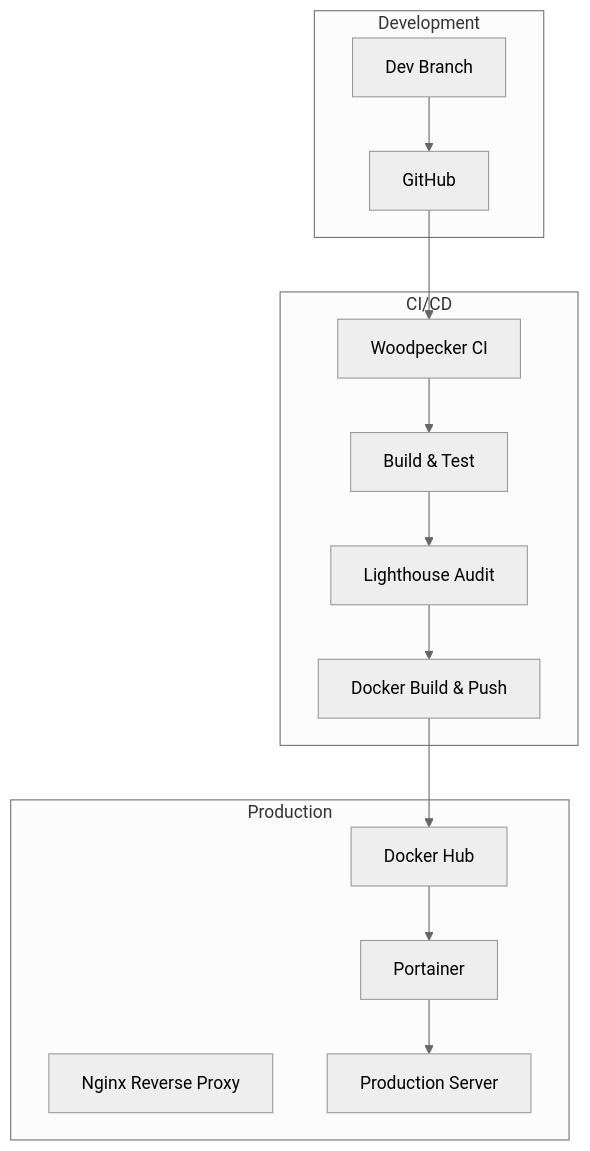
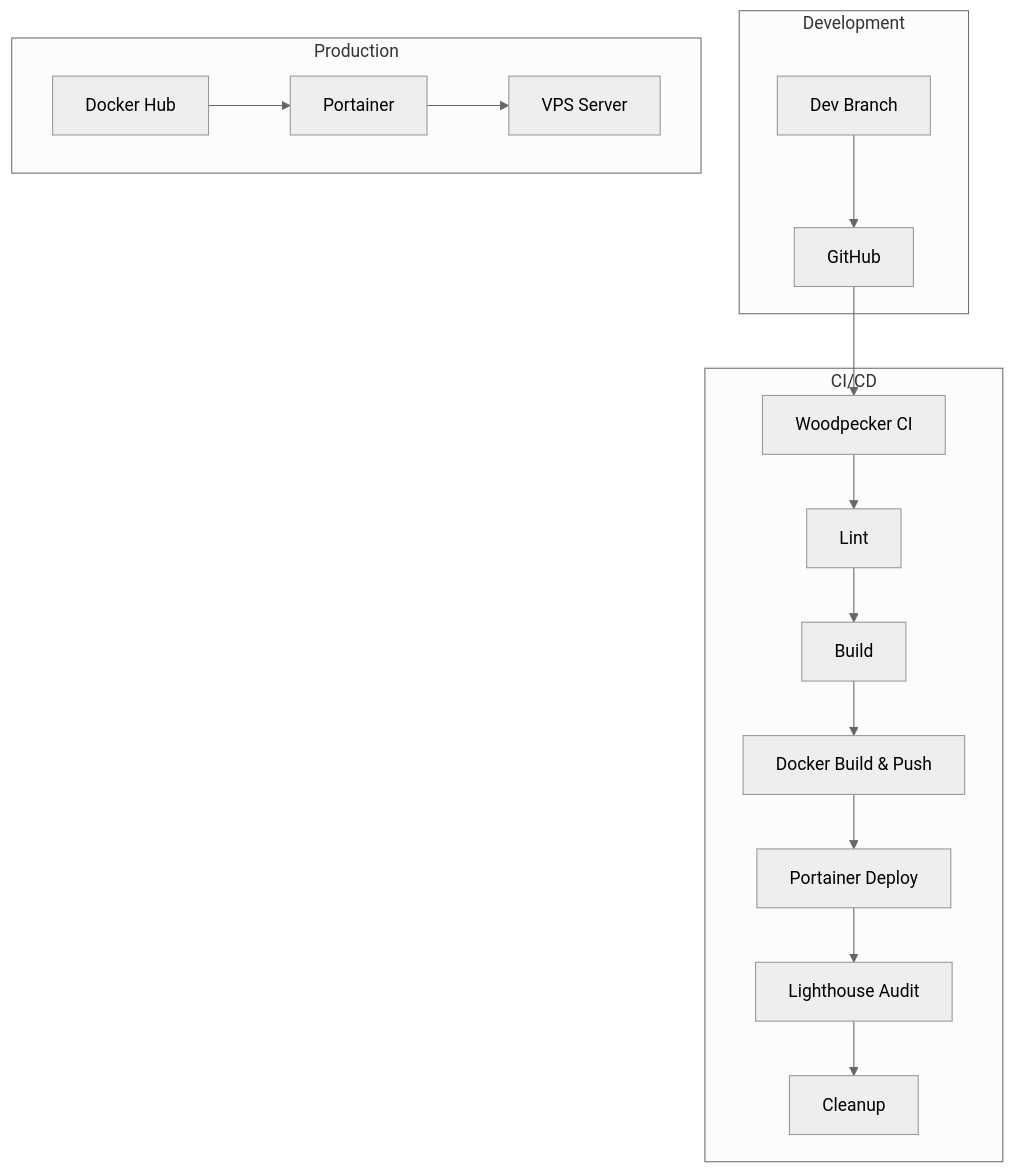
One commit to NemesisGuy/nemesisnet changed diagram 11 of 11 in docs/SITE_ARCHITECTURE.md. Above: the diagram before and after it, drawn with Mermaid (neutral theme). The commit also changed other lines of this file and 21 other files, not shown here.

````diff
--- a/docs/SITE_ARCHITECTURE.md
+++ b/docs/SITE_ARCHITECTURE.md
@@ -234,30 +234,34 @@
 ```mermaid
 flowchart TB
     subgraph "Development"
         DEV[Dev Branch]
         GITHUB[GitHub]
     end
 
     subgraph "CI/CD"
         WP[Woodpecker CI]
-        BUILD[Build & Test]
+        LINT[Lint]
+        BUILD[Build]
+        DOCKER[Docker Build & Push]
+        DEPLOY[Portainer Deploy]
         LH[Lighthouse Audit]
-        DOCKER[Docker Build & Push]
+        CLEAN[Cleanup]
     end
 
     subgraph "Production"
         DH[Docker Hub]
         PORT[Portainer]
-        NGINX[Nginx Reverse Proxy]
-        PROD[Production Server]
+        PROD[VPS Server]
     end
 
     DEV --> GITHUB
     GITHUB --> WP
-    WP --> BUILD
-    BUILD --> LH
-    LH --> DOCKER
-    DOCKER --> DH
+    WP --> LINT
+    LINT --> BUILD
+    BUILD --> DOCKER
+    DOCKER --> DEPLOY
+    DEPLOY --> LH
+    LH --> CLEAN
     DH --> PORT
     PORT --> PROD
 ```
````
